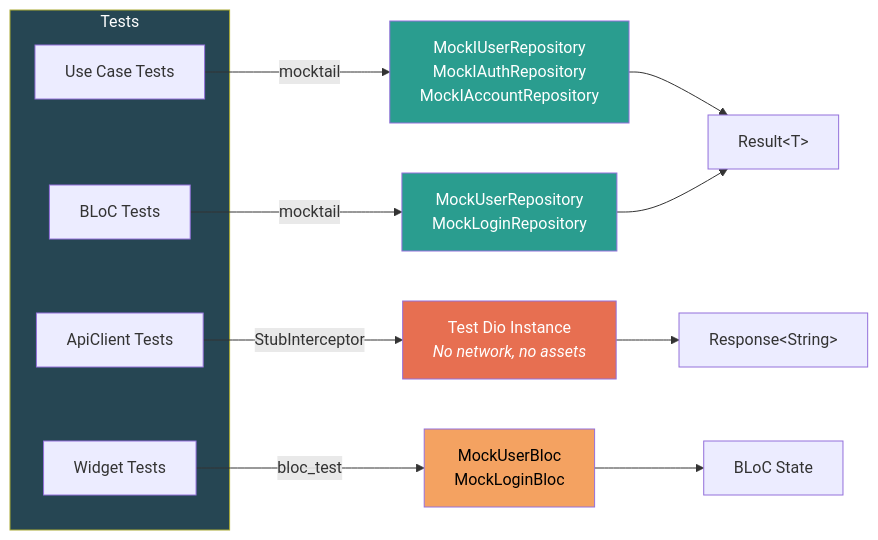
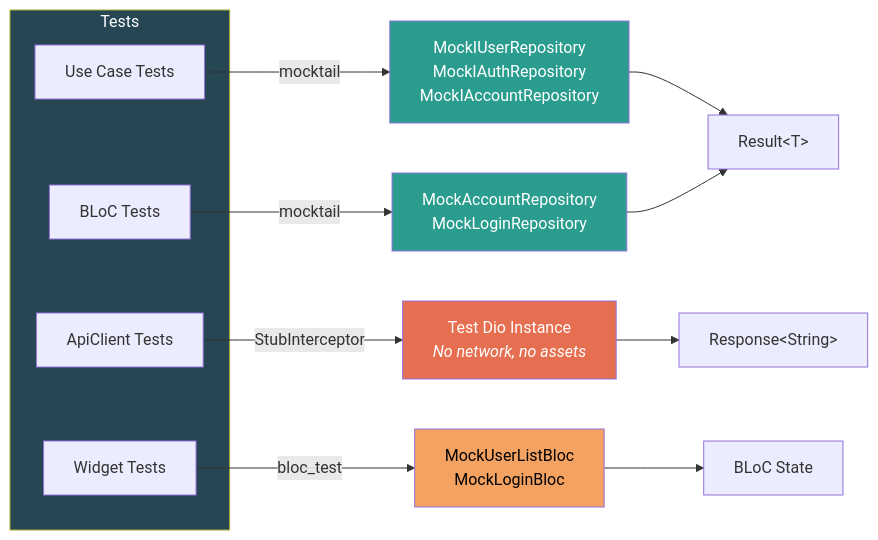
Before and after one commit to cevheri/flutter-bloc-advanced: the second of 2 diagrams in docs/mock-architecture.md, drawn with Mermaid. The commit also changed other lines of this file, not shown here.

First line of the commit message:
docs: bring mock-architecture.md in line with the code

````diff
--- a/docs/mock-architecture.md
+++ b/docs/mock-architecture.md
@@ -91,25 +87,25 @@
 ```mermaid
 flowchart LR
     subgraph Tests
         UC_TEST["Use Case Tests"]
         BLOC_TEST["BLoC Tests"]
         API_TEST["ApiClient Tests"]
         WIDGET_TEST["Widget Tests"]
     end
 
     UC_TEST -- "mocktail" --> MOCK_REPO["MockIUserRepository<br/>MockIAuthRepository<br/>MockIAccountRepository"]
-    BLOC_TEST -- "mocktail" --> MOCK_REPO_C["MockUserRepository<br/>MockLoginRepository"]
+    BLOC_TEST -- "mocktail" --> MOCK_REPO_C["MockAccountRepository<br/>MockLoginRepository"]
     API_TEST -- "StubInterceptor" --> STUB_DIO["Test Dio Instance<br/><i>No network, no assets</i>"]
-    WIDGET_TEST -- "bloc_test" --> MOCK_BLOC["MockUserBloc<br/>MockLoginBloc"]
+    WIDGET_TEST -- "bloc_test" --> MOCK_BLOC["MockUserListBloc<br/>MockLoginBloc"]
 
     MOCK_REPO --> RESULT_T["Result&lt;T&gt;"]
     MOCK_REPO_C --> RESULT_T
     STUB_DIO --> RESPONSE_T["Response&lt;String&gt;"]
     MOCK_BLOC --> STATE_T["BLoC State"]
 
     style Tests fill:#264653,color:#fff
     style MOCK_REPO fill:#2a9d8f,color:#fff
     style MOCK_REPO_C fill:#2a9d8f,color:#fff
     style STUB_DIO fill:#e76f51,color:#fff
     style MOCK_BLOC fill:#f4a261,color:#000
 ```
````
